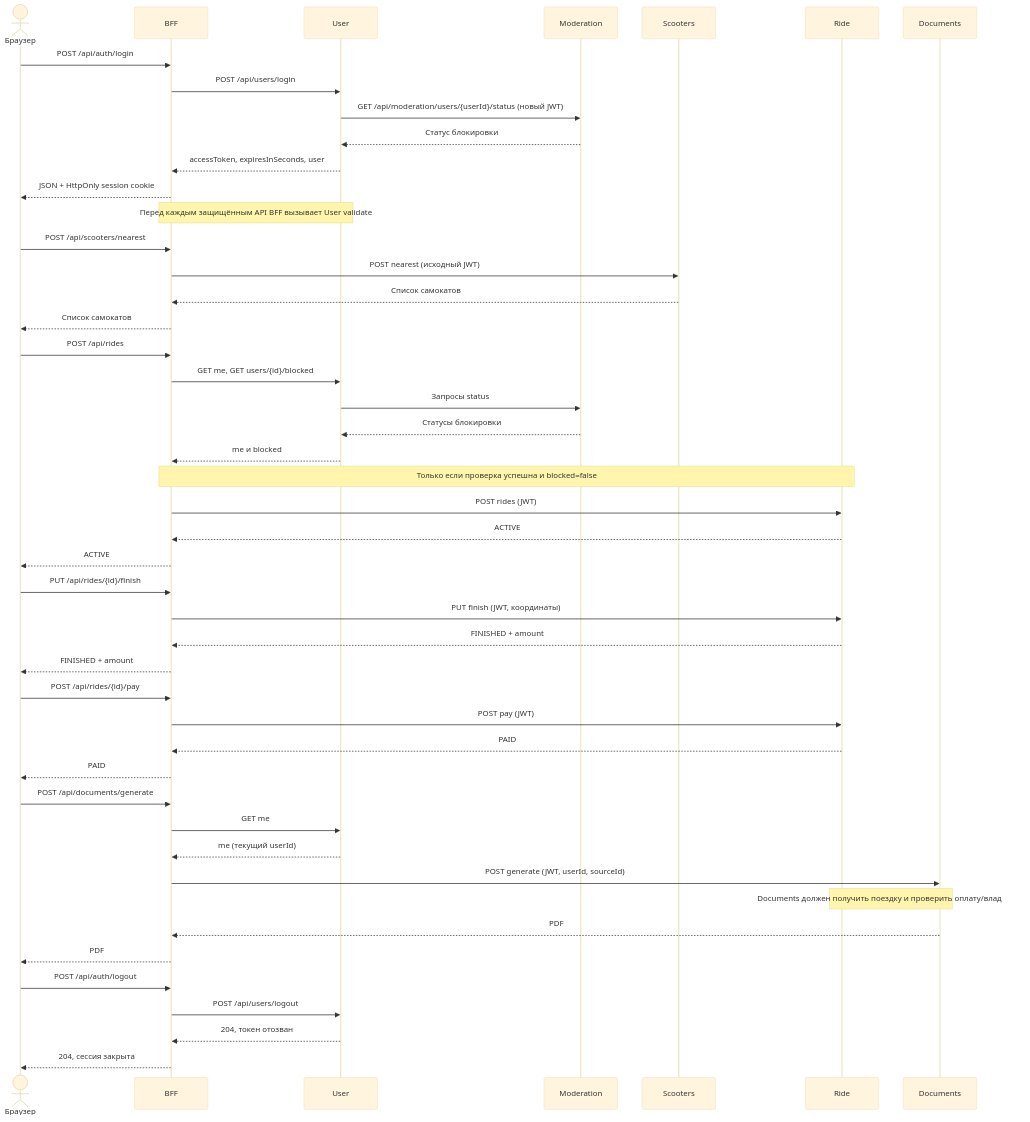
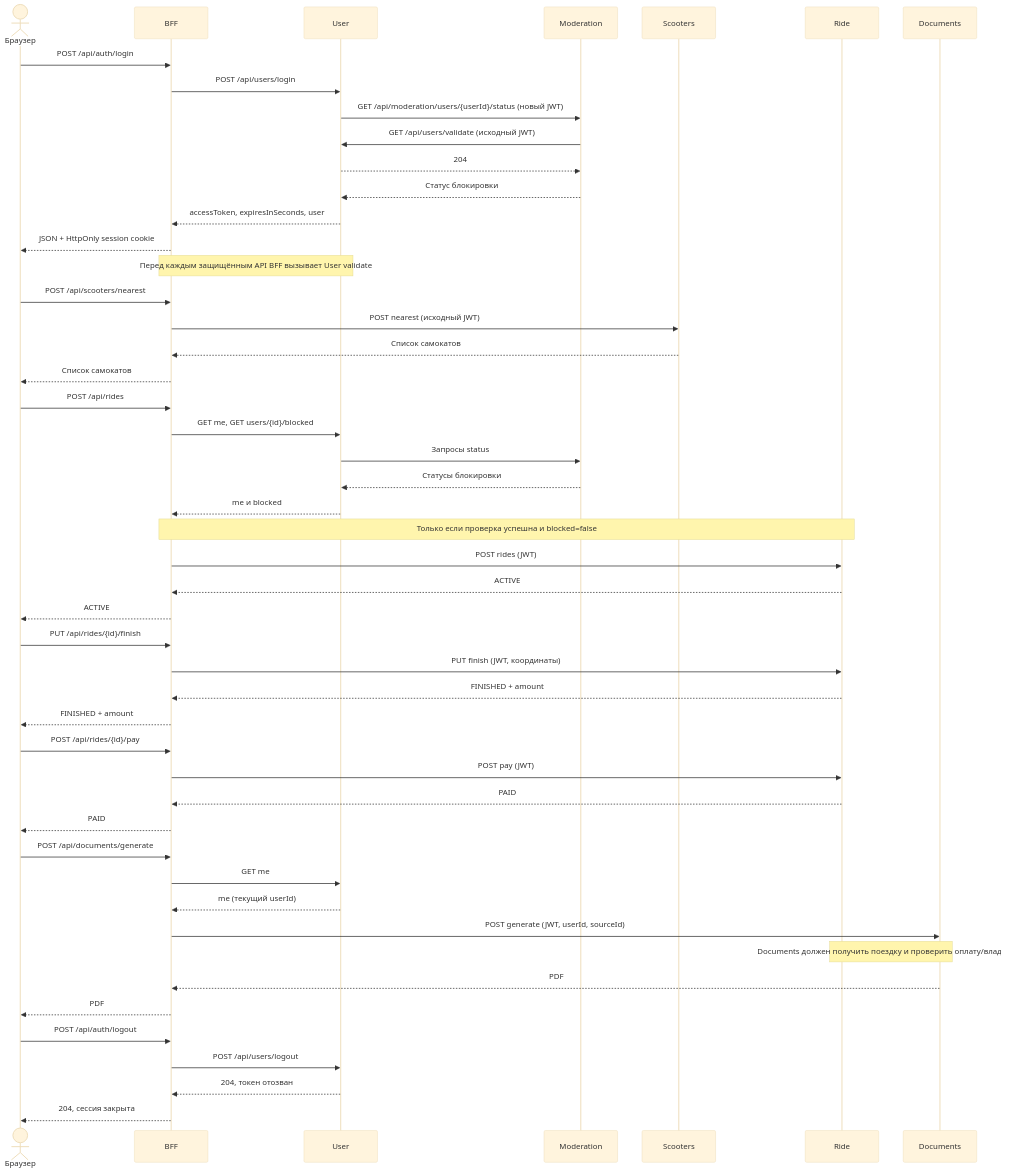
The diagram in docs/API_CONTRACTS.md (SdKS454/bff), drawn with Mermaid (base theme) before and after one commit. The commit also changed other lines of this file and 10 other files, not shown here.

````diff
--- a/docs/API_CONTRACTS.md
+++ b/docs/API_CONTRACTS.md
@@ -574,49 +611,51 @@
 ```mermaid
 sequenceDiagram
     actor Client as Браузер
     participant BFF
     participant User
     participant Mod as Moderation
     participant Scooters
     participant Ride
     participant Docs as Documents
     Client->>BFF: POST /api/auth/login
     BFF->>User: POST /api/users/login
     User->>Mod: GET /api/moderation/users/{userId}/status (новый JWT)
+    Mod->>User: GET /api/users/validate (исходный JWT)
+    User-->>Mod: 204
     Mod-->>User: Статус блокировки
     User-->>BFF: accessToken, expiresInSeconds, user
     BFF-->>Client: JSON + HttpOnly session cookie
     Note over BFF,User: Перед каждым защищённым API BFF вызывает User validate
     Client->>BFF: POST /api/scooters/nearest
     BFF->>Scooters: POST nearest (исходный JWT)
     Scooters-->>BFF: Список самокатов
     BFF-->>Client: Список самокатов
     Client->>BFF: POST /api/rides
     BFF->>User: GET me, GET users/{id}/blocked
     User->>Mod: Запросы status
     Mod-->>User: Статусы блокировки
     User-->>BFF: me и blocked
     Note over BFF,Ride: Только если проверка успешна и blocked=false
     BFF->>Ride: POST rides (JWT)
     Ride-->>BFF: ACTIVE
     BFF-->>Client: ACTIVE
     Client->>BFF: PUT /api/rides/{id}/finish
     BFF->>Ride: PUT finish (JWT, координаты)
     Ride-->>BFF: FINISHED + amount
     BFF-->>Client: FINISHED + amount
     Client->>BFF: POST /api/rides/{id}/pay
     BFF->>Ride: POST pay (JWT)
     Ride-->>BFF: PAID
     BFF-->>Client: PAID
     Client->>BFF: POST /api/documents/generate
     BFF->>User: GET me
     User-->>BFF: me (текущий userId)
     BFF->>Docs: POST generate (JWT, userId, sourceId)
     Note over Docs,Ride: Documents должен получить поездку и проверить оплату/владельца
     Docs-->>BFF: PDF
     BFF-->>Client: PDF
     Client->>BFF: POST /api/auth/logout
     BFF->>User: POST /api/users/logout
     User-->>BFF: 204, токен отозван
     BFF-->>Client: 204, сессия закрыта
 ```
````
